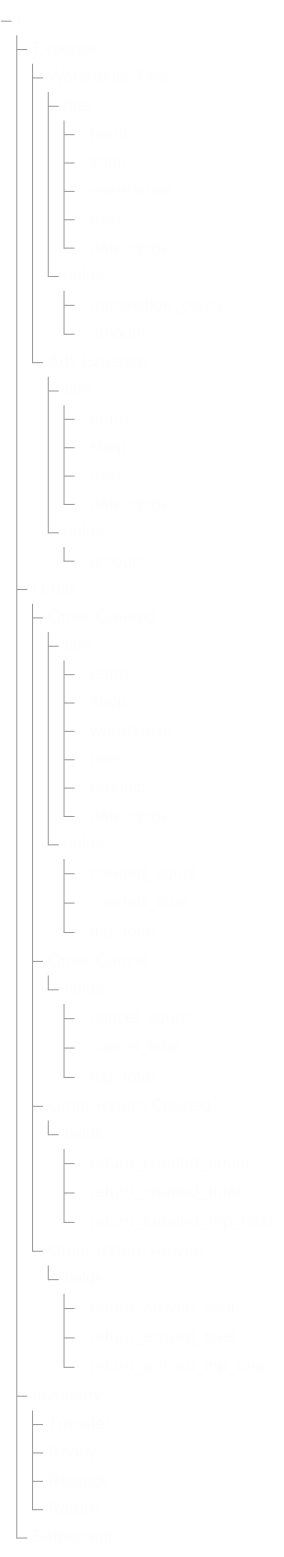
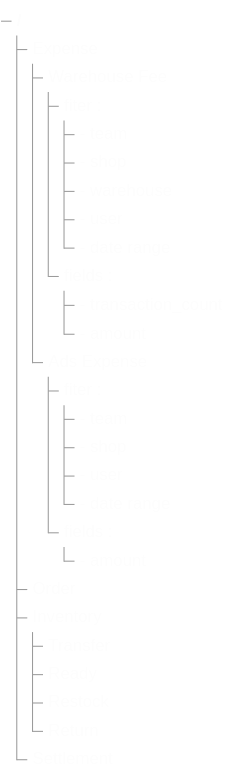
The second of 2 diagrams in docs/business/analytic/rpc_provide.md (pdcgo/warehouse_revamp), drawn with Mermaid before and after one commit. The commit also changed other lines of this file and 6 other files, not shown here.

````diff
--- a/docs/business/analytic/rpc_provide.md
+++ b/docs/business/analytic/rpc_provide.md
@@ -345,67 +347,40 @@
 ```mermaid
 ---
 config:
     themeVariables:
         treeView:
             labelColor: '#fdfdfd'
             lineColor: '#9b9b9b'
 ---
 
 treeView-beta
 
 
 Expense
     Warehouse Fee
         fiter :
             - team
             - shop
             - warehouse
             - user
             - date range
         fields :
             - transaction_count
             - amount
     Ads Expense
         fiter :
             - team
             - shop
             - user
             - date range
         fields :
             - amount
 
 Order
-    Order Created
-        fiter :
-            - team
-            - shop
-            - warehouse
-            - user
-            - product
-            - date range
-        fields :
-            - created_count
-            - created_total
-            - mp_total
-    Order Cancel
-        fields :
-            - cancel_count
-            - cancel_total
-            - mp_total
-    Order Return Created
-        fields :
-            - return_created_count
-            - return_created_total
-            - return_created_mp_total
-    Order Return Arrived
-        fields :
-            - return_arrived_count
-            - return_arrived_total
-            - return_arrived_mp_total
 Inventory
     Transfer
     Ready
     Restock
     Return
 Settlement
 ```
````
